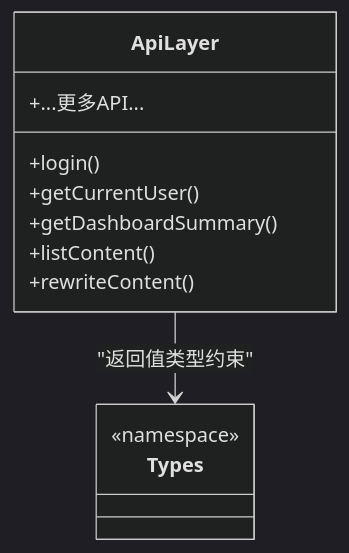
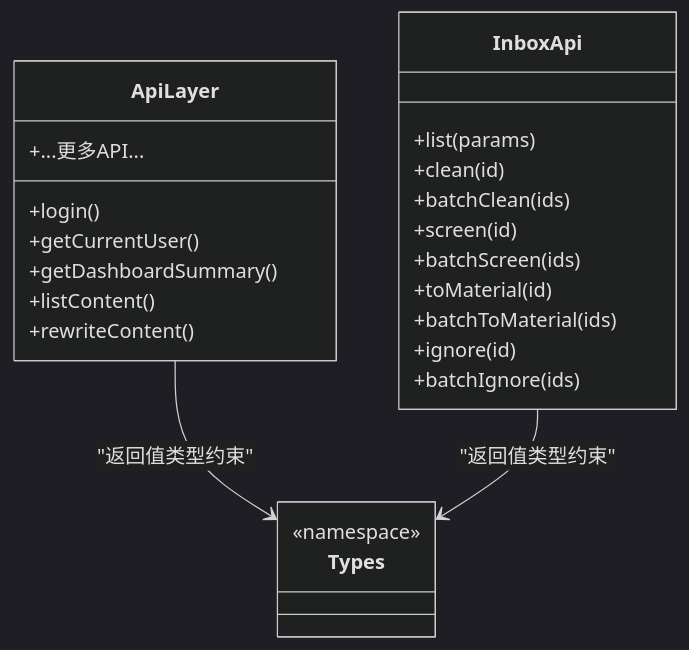
One commit to dream-ze/AI_huoke- changed the sixth of 9 diagrams in .qoder/repowiki/zh/content/前端应用架构/桌面应用架构.md. Above: the diagram before and after it, drawn with Mermaid (dark theme). The commit also changed other lines of this file and 64 other files, not shown here.

````diff
--- a/.qoder/repowiki/zh/content/前端应用架构/桌面应用架构.md
+++ b/.qoder/repowiki/zh/content/前端应用架构/桌面应用架构.md
@@ -235,15 +252,27 @@
 ```mermaid
 classDiagram
 class ApiLayer {
 +login()
 +getCurrentUser()
 +getDashboardSummary()
 +listContent()
 +rewriteContent()
 +...更多API...
 }
+class InboxApi {
++list(params)
++clean(id)
++batchClean(ids)
++screen(id)
++batchScreen(ids)
++toMaterial(id)
++batchToMaterial(ids)
++ignore(id)
++batchIgnore(ids)
+}
 class Types {
 <<namespace>>
 }
 ApiLayer --> Types : "返回值类型约束"
+InboxApi --> Types : "返回值类型约束"
 ```
````
